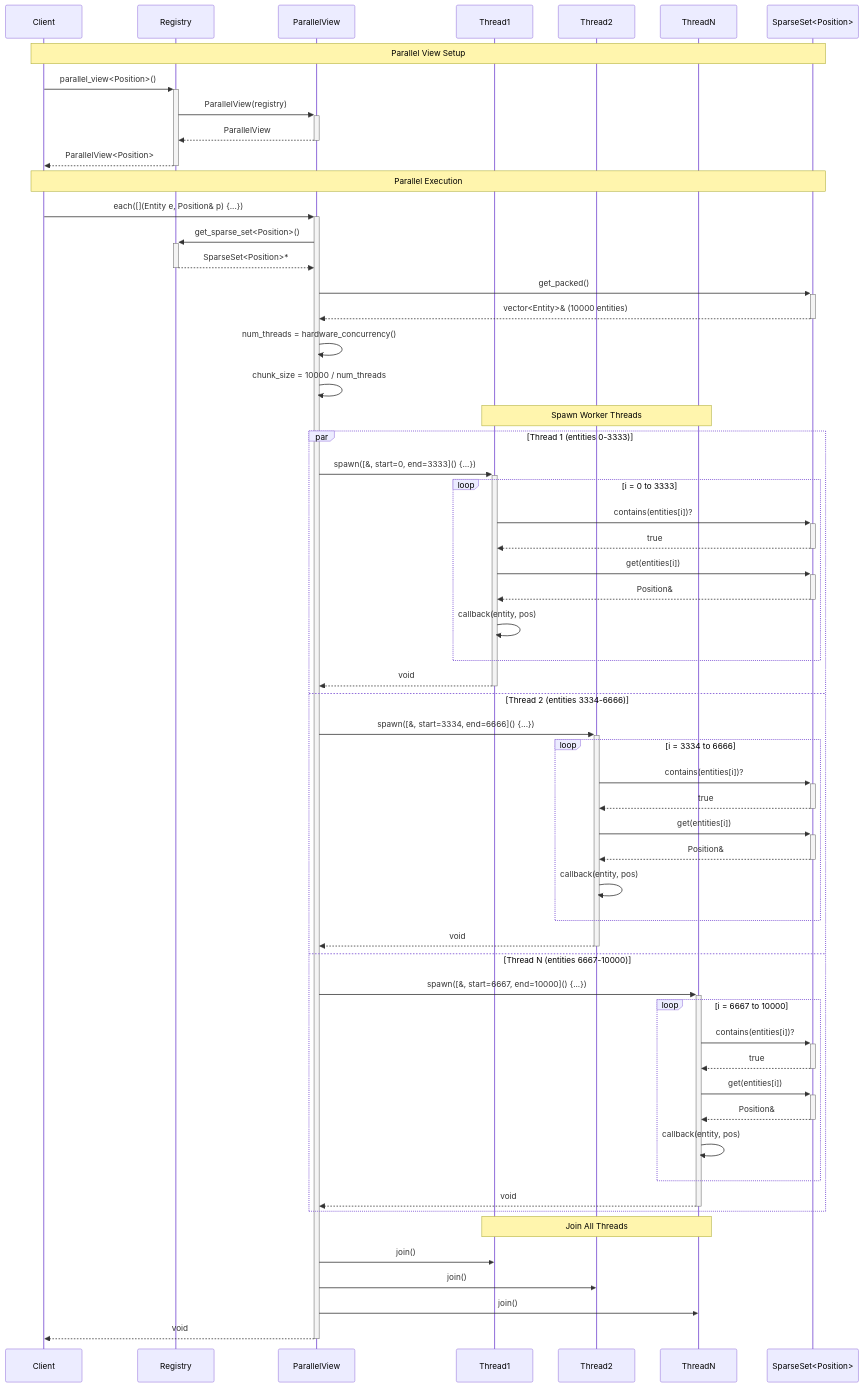
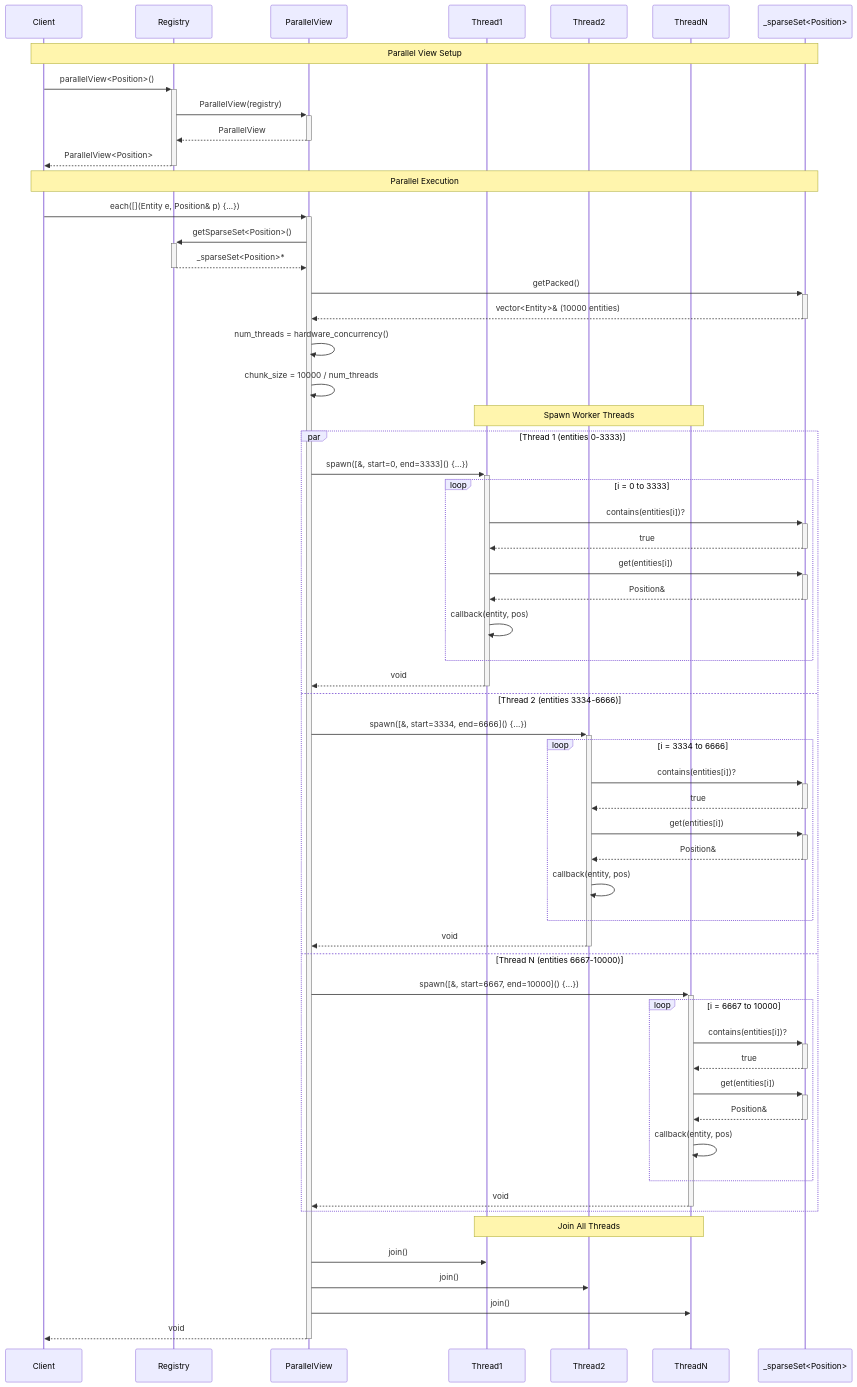
One commit to My-Epitech-Organisation/Rtype changed the sixth of 12 diagrams in doc/ecs/19_architecture_diagrams.md. Above: the diagram before and after it, drawn with Mermaid. The commit also changed other lines of this file and 48 other files, not shown here.

````diff
--- a/doc/ecs/19_architecture_diagrams.md
+++ b/doc/ecs/19_architecture_diagrams.md
@@ -673,72 +673,72 @@
 ```mermaid
 sequenceDiagram
     participant Client
     participant Registry
     participant ParallelView
     participant Thread1
     participant Thread2
     participant ThreadN
-    participant SparseSet as SparseSet<Position>
+    participant _sparseSet as _sparseSet<Position>
     
-    Note over Client,SparseSet: Parallel View Setup
+    Note over Client,_sparseSet: Parallel View Setup
     
-    Client->>+Registry: parallel_view<Position>()
+    Client->>+Registry: parallelView<Position>()
     Registry->>+ParallelView: ParallelView(registry)
     ParallelView-->>-Registry: ParallelView
     Registry-->>-Client: ParallelView<Position>
     
-    Note over Client,SparseSet: Parallel Execution
+    Note over Client,_sparseSet: Parallel Execution
     
     Client->>+ParallelView: each([](Entity e, Position& p) {...})
     
-    ParallelView->>+Registry: get_sparse_set<Position>()
-    Registry-->>-ParallelView: SparseSet<Position>*
+    ParallelView->>+Registry: getSparseSet<Position>()
+    Registry-->>-ParallelView: _sparseSet<Position>*
     
-    ParallelView->>+SparseSet: get_packed()
-    SparseSet-->>-ParallelView: vector<Entity>& (10000 entities)
+    ParallelView->>+_sparseSet: getPacked()
+    _sparseSet-->>-ParallelView: vector<Entity>& (10000 entities)
     
     ParallelView->>ParallelView: num_threads = hardware_concurrency()
     ParallelView->>ParallelView: chunk_size = 10000 / num_threads
     
     Note over Thread1,ThreadN: Spawn Worker Threads
     
     par Thread 1 (entities 0-3333)
         ParallelView->>+Thread1: spawn([&, start=0, end=3333]() {...})
         loop i = 0 to 3333
-            Thread1->>+SparseSet: contains(entities[i])?
-            SparseSet-->>-Thread1: true
-            Thread1->>+SparseSet: get(entities[i])
-            SparseSet-->>-Thread1: Position&
+            Thread1->>+_sparseSet: contains(entities[i])?
+            _sparseSet-->>-Thread1: true
+            Thread1->>+_sparseSet: get(entities[i])
+            _sparseSet-->>-Thread1: Position&
             Thread1->>Thread1: callback(entity, pos)
         end
         Thread1-->>-ParallelView: void
     and Thread 2 (entities 3334-6666)
         ParallelView->>+Thread2: spawn([&, start=3334, end=6666]() {...})
         loop i = 3334 to 6666
-            Thread2->>+SparseSet: contains(entities[i])?
-            SparseSet-->>-Thread2: true
-            Thread2->>+SparseSet: get(entities[i])
-            SparseSet-->>-Thread2: Position&
+            Thread2->>+_sparseSet: contains(entities[i])?
+            _sparseSet-->>-Thread2: true
+            Thread2->>+_sparseSet: get(entities[i])
+            _sparseSet-->>-Thread2: Position&
             Thread2->>Thread2: callback(entity, pos)
         end
         Thread2-->>-ParallelView: void
     and Thread N (entities 6667-10000)
         ParallelView->>+ThreadN: spawn([&, start=6667, end=10000]() {...})
         loop i = 6667 to 10000
-            ThreadN->>+SparseSet: contains(entities[i])?
-            SparseSet-->>-ThreadN: true
-            ThreadN->>+SparseSet: get(entities[i])
-            SparseSet-->>-ThreadN: Position&
+            ThreadN->>+_sparseSet: contains(entities[i])?
+            _sparseSet-->>-ThreadN: true
+            ThreadN->>+_sparseSet: get(entities[i])
+            _sparseSet-->>-ThreadN: Position&
             ThreadN->>ThreadN: callback(entity, pos)
         end
         ThreadN-->>-ParallelView: void
     end
     
     Note over Thread1,ThreadN: Join All Threads
     
     ParallelView->>Thread1: join()
     ParallelView->>Thread2: join()
     ParallelView->>ThreadN: join()
     
     ParallelView-->>-Client: void
 ```
````
